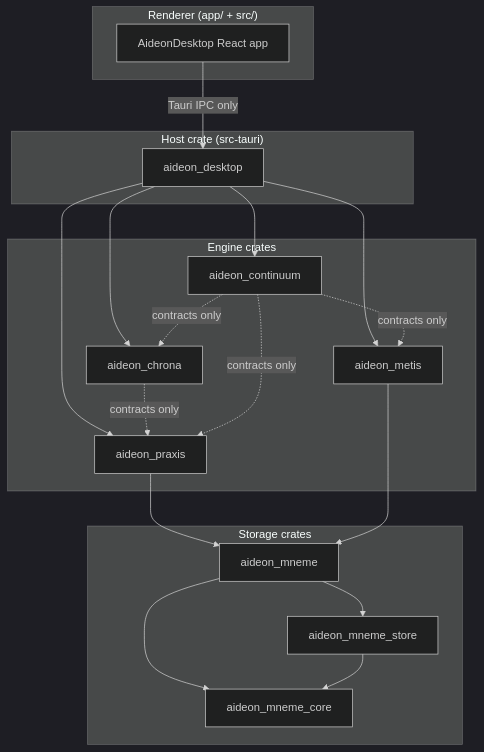
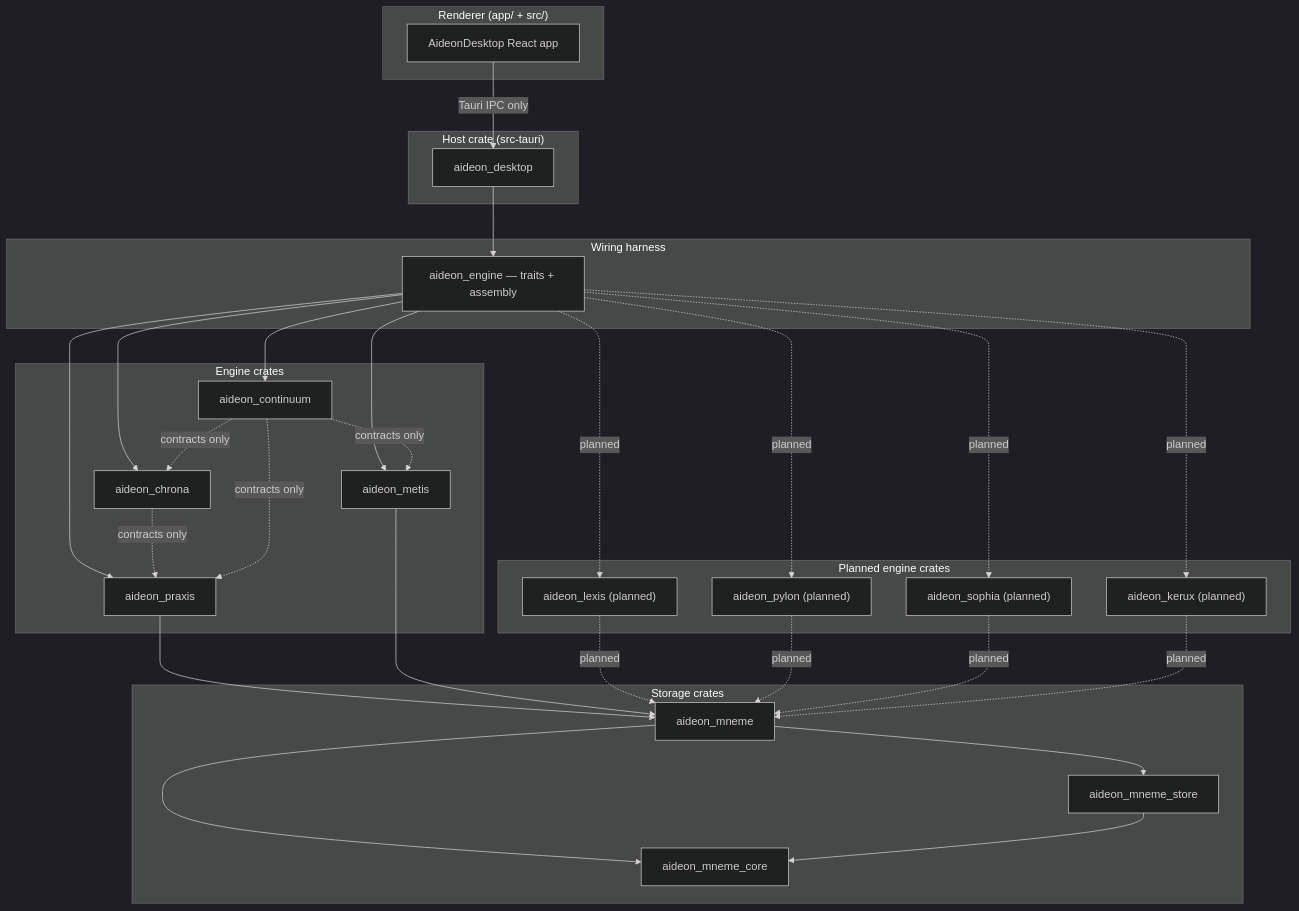
Before and after one commit to fenrick/aideon-praxis: the diagram in docs/01-architecture/MODULE-DEPENDENCY-MAP.md, drawn with Mermaid (dark theme). The commit also changed other lines of this file and 379 other files, not shown here.

````diff
--- a/docs/01-architecture/MODULE-DEPENDENCY-MAP.md
+++ b/docs/01-architecture/MODULE-DEPENDENCY-MAP.md
@@ -31,41 +54,61 @@
 ```mermaid
 graph TD
     subgraph renderer["Renderer (app/ + src/)"]
-        APP[AideonDesktop React app]
+        APP["AideonDesktop React app"]
     end
 
     subgraph host["Host crate (src-tauri)"]
-        DESKTOP[aideon_desktop]
+        DESKTOP["aideon_desktop"]
+    end
+
+    subgraph wiring["Wiring harness"]
+        ENGINE["aideon_engine — traits + assembly"]
     end
 
     subgraph engines["Engine crates"]
-        PRAXIS[aideon_praxis]
-        CHRONA[aideon_chrona]
-        METIS[aideon_metis]
-        CONTINUUM[aideon_continuum]
+        PRAXIS["aideon_praxis"]
+        CHRONA["aideon_chrona"]
+        METIS["aideon_metis"]
+        CONTINUUM["aideon_continuum"]
+    end
+
+    subgraph planned["Planned engine crates"]
+        LEXIS["aideon_lexis (planned)"]
+        PYLON["aideon_pylon (planned)"]
+        SOPHIA["aideon_sophia (planned)"]
+        KERUX["aideon_kerux (planned)"]
     end
 
     subgraph storage["Storage crates"]
-        MNEME[aideon_mneme]
-        MNEME_CORE[aideon_mneme_core]
-        MNEME_STORE[aideon_mneme_store]
+        MNEME["aideon_mneme"]
+        MNEME_CORE["aideon_mneme_core"]
+        MNEME_STORE["aideon_mneme_store"]
     end
 
     APP -- "Tauri IPC only" --> DESKTOP
 
-    DESKTOP --> PRAXIS
-    DESKTOP --> CHRONA
-    DESKTOP --> METIS
-    DESKTOP --> CONTINUUM
+    DESKTOP --> ENGINE
+    ENGINE --> PRAXIS
+    ENGINE --> CHRONA
+    ENGINE --> METIS
+    ENGINE --> CONTINUUM
+    ENGINE -. "planned" .-> LEXIS
+    ENGINE -. "planned" .-> PYLON
+    ENGINE -. "planned" .-> SOPHIA
+    ENGINE -. "planned" .-> KERUX
 
     PRAXIS --> MNEME
     METIS --> MNEME
-    CHRONA -.->|contracts only| PRAXIS
-    CONTINUUM -.->|contracts only| PRAXIS
-    CONTINUUM -.->|contracts only| METIS
-    CONTINUUM -.->|contracts only| CHRONA
+    CHRONA -. "contracts only" .-> PRAXIS
+    CONTINUUM -. "contracts only" .-> PRAXIS
+    CONTINUUM -. "contracts only" .-> METIS
+    CONTINUUM -. "contracts only" .-> CHRONA
+    LEXIS -. "planned" .-> MNEME
+    PYLON -. "planned" .-> MNEME
+    SOPHIA -. "planned" .-> MNEME
+    KERUX -. "planned" .-> MNEME
 
     MNEME --> MNEME_CORE
     MNEME --> MNEME_STORE
     MNEME_STORE --> MNEME_CORE
 ```
````
